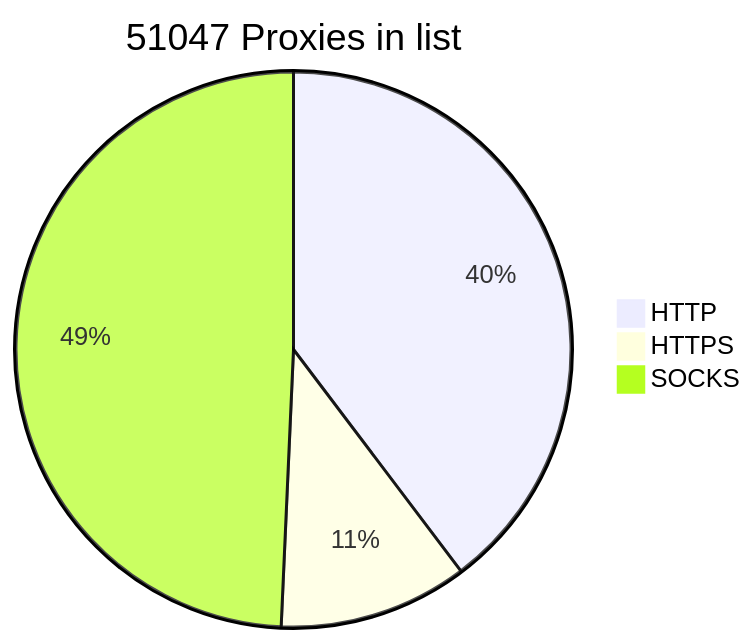
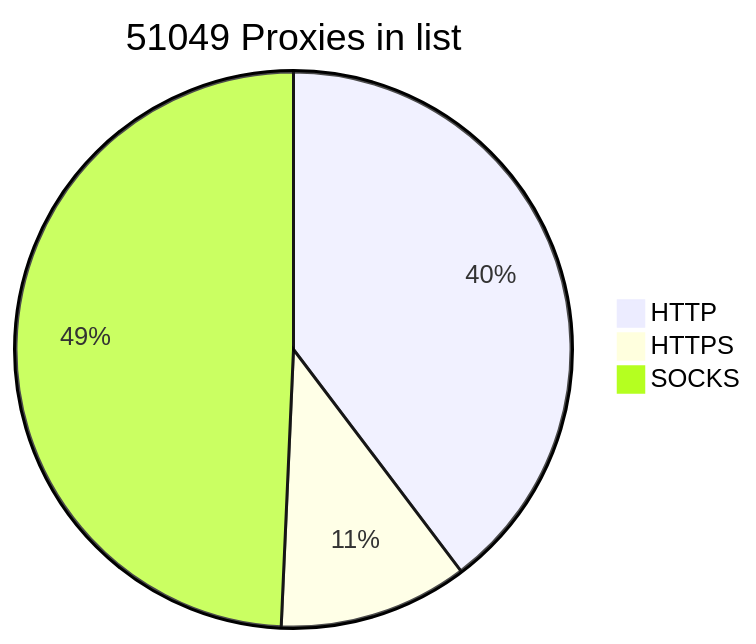
Before and after one commit to BlackSnowDot/proxylist-update-every-minute: the diagram in README.md, drawn with Mermaid.

````diff
--- a/README.md
+++ b/README.md
@@ -2,6 +2,6 @@
 ```mermaid
-pie title 51047 Proxies in list
+pie title 51049 Proxies in list
     "HTTP" : 22455
     "HTTPS": 6226
-    "SOCKS" : 27880
+    "SOCKS" : 27882
 ```
````
